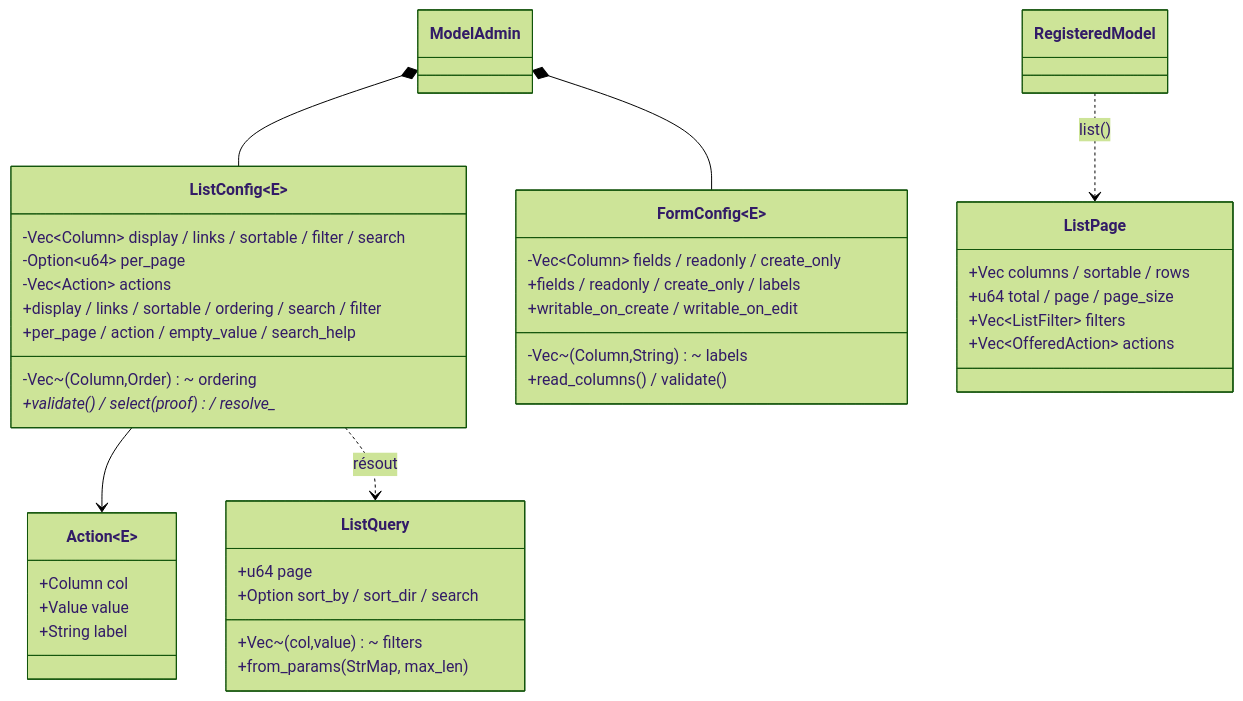
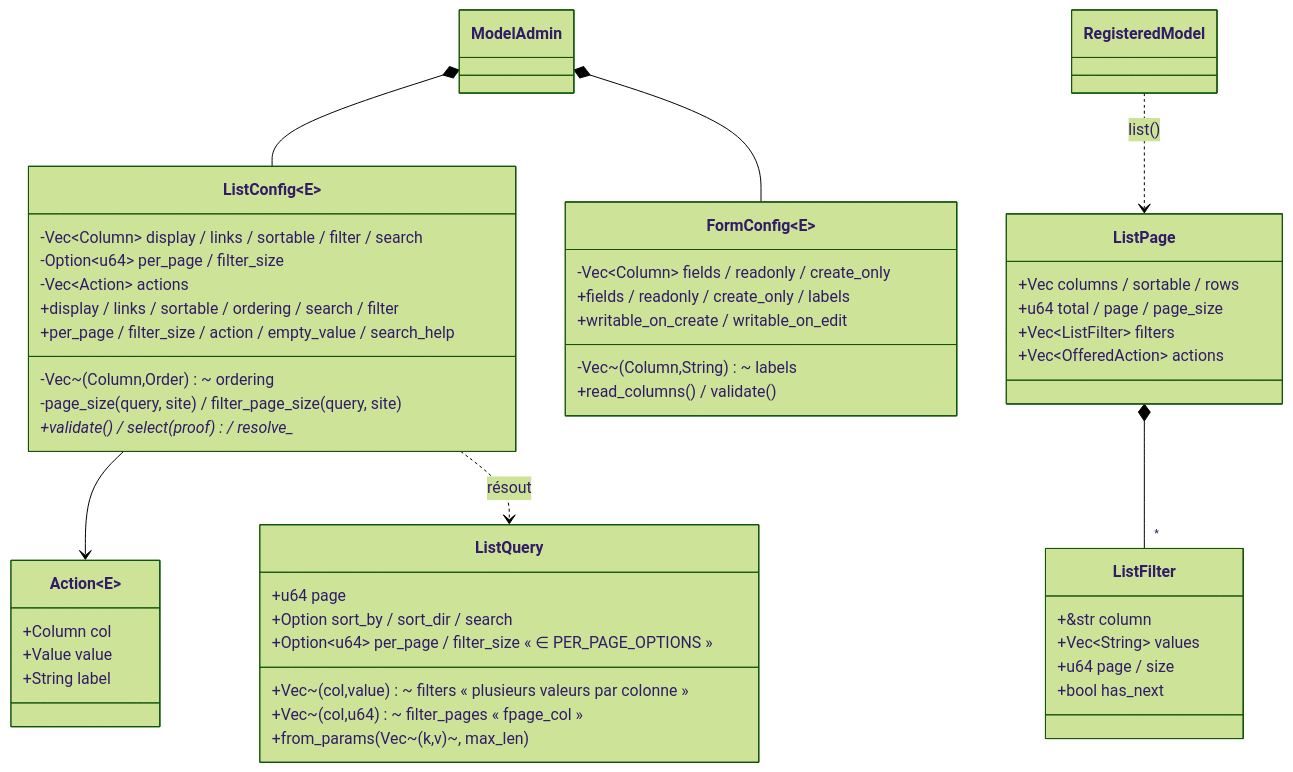
One commit to seb-alliot/runique changed the second of 6 diagrams in diagramme/uml/admin/admin-resource-permissions.md. Above: the diagram before and after it, drawn with Mermaid (forest theme). The commit also changed other lines of this file and 57 other files, not shown here.

Commit message:
fix few bug && diagramme

````diff
--- a/diagramme/uml/admin/admin-resource-permissions.md
+++ b/diagramme/uml/admin/admin-resource-permissions.md
@@ -78,41 +79,51 @@
 ```mermaid
 classDiagram
     class ListConfig~E~ {
         -Vec~Column~ display / links / sortable / filter / search
         -Vec~(Column,Order)~ ordering
-        -Option~u64~ per_page
+        -Option~u64~ per_page / filter_size
         -Vec~Action~ actions
         +display / links / sortable / ordering / search / filter
-        +per_page / action / empty_value / search_help
+        +per_page / filter_size / action / empty_value / search_help
+        -page_size(query, site) / filter_page_size(query, site)
         +validate() / select(proof) / resolve_*
     }
     class Action~E~ {
         +Column col
         +Value value
         +String label
     }
     class ListQuery {
         +u64 page
         +Option sort_by / sort_dir / search
-        +Vec~(col,value)~ filters
-        +from_params(StrMap, max_len)
+        +Vec~(col,value)~ filters  « plusieurs valeurs par colonne »
+        +Option~u64~ per_page / filter_size  « ∈ PER_PAGE_OPTIONS »
+        +Vec~(col,u64)~ filter_pages  « fpage_col »
+        +from_params(Vec~(k,v)~, max_len)
     }
     class FormConfig~E~ {
         -Vec~Column~ fields / readonly / create_only
         -Vec~(Column,String)~ labels
         +fields / readonly / create_only / labels
         +writable_on_create / writable_on_edit
         +read_columns() / validate()
     }
     class ListPage {
         +Vec columns / sortable / rows
         +u64 total / page / page_size
         +Vec~ListFilter~ filters
         +Vec~OfferedAction~ actions
     }
+    class ListFilter {
+        +&str column
+        +Vec~String~ values
+        +u64 page / size
+        +bool has_next
+    }
     ListConfig --> Action
+    ListPage *-- "*" ListFilter
     ListConfig ..> ListQuery : résout
     ModelAdmin *-- ListConfig
     ModelAdmin *-- FormConfig
     RegisteredModel ..> ListPage : list()
 ```
````
